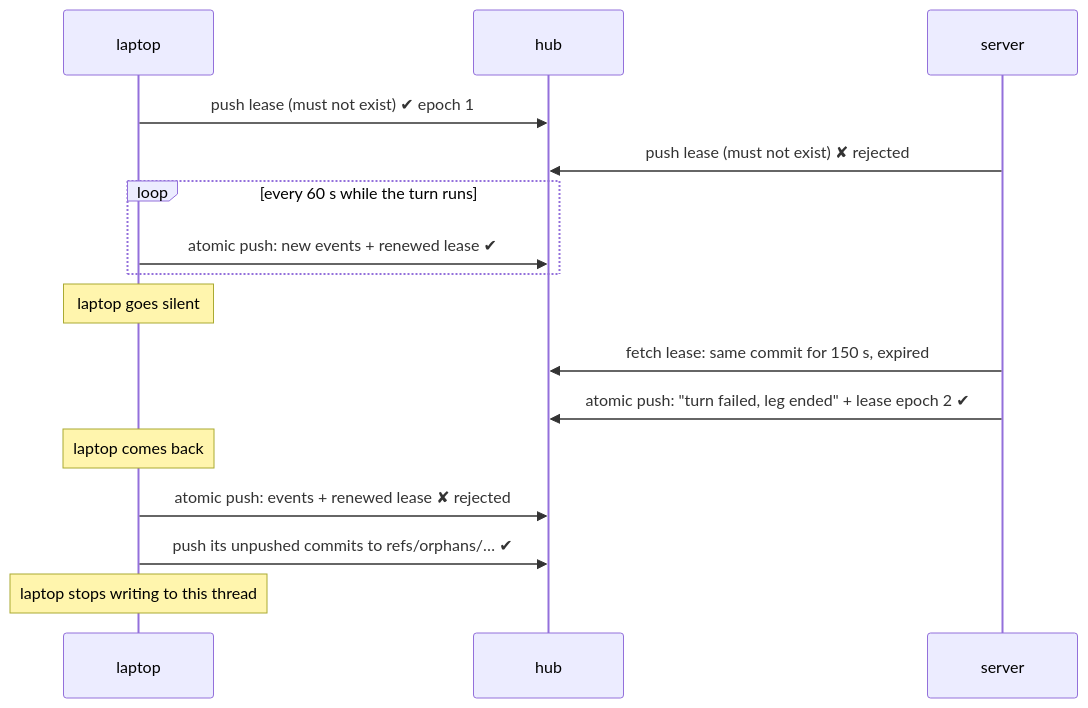
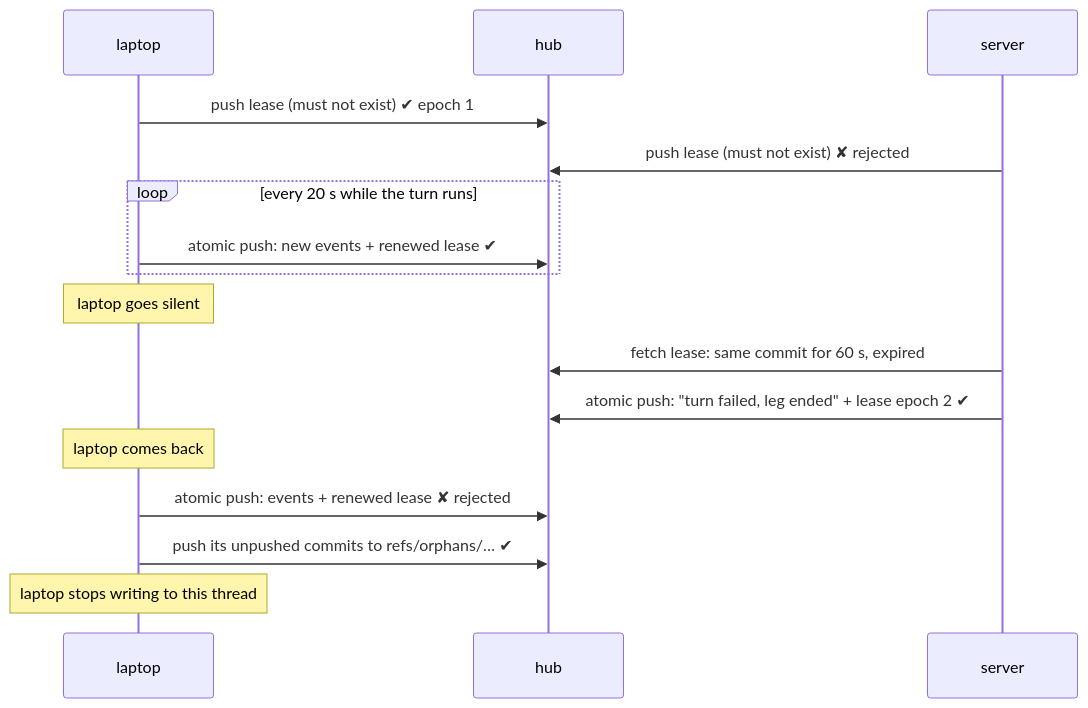
The diagram in docs/spec/03-sync-and-lease.md (Sc4rville/weevils), drawn with Mermaid before and after one commit. The commit also changed other lines of this file and 2 other files, not shown here.

First line of the commit message:
docs(spec): tighter lease timings: a machine lost mid-turn is replaced in about two minutes

````diff
--- a/docs/spec/03-sync-and-lease.md
+++ b/docs/spec/03-sync-and-lease.md
@@ -7,18 +7,18 @@
 ```mermaid
 sequenceDiagram
   participant L as laptop
   participant H as hub
   participant S as server
   L->>H: push lease (must not exist) ✔ epoch 1
   S->>H: push lease (must not exist) ✘ rejected
-  loop every 60 s while the turn runs
+  loop every 20 s while the turn runs
     L->>H: atomic push: new events + renewed lease ✔
   end
   Note over L: laptop goes silent
-  S->>H: fetch lease: same commit for 150 s, expired
+  S->>H: fetch lease: same commit for 60 s, expired
   S->>H: atomic push: "turn failed, leg ended" + lease epoch 2 ✔
   Note over L: laptop comes back
   L->>H: atomic push: events + renewed lease ✘ rejected
   L->>H: push its unpushed commits to refs/orphans/… ✔
   Note over L: laptop stops writing to this thread
 ```
````
